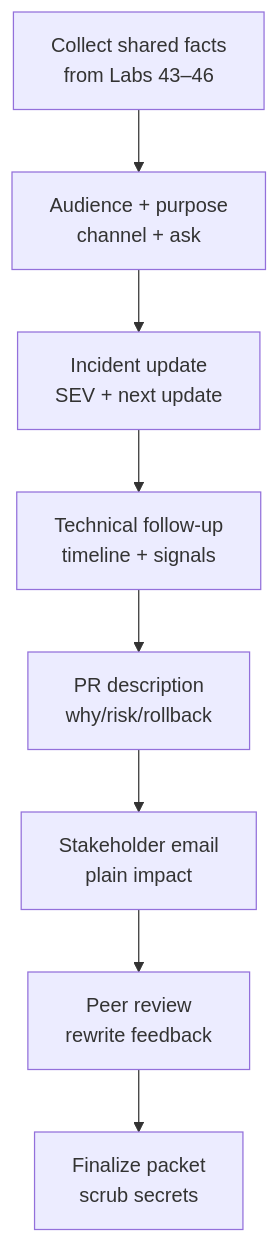
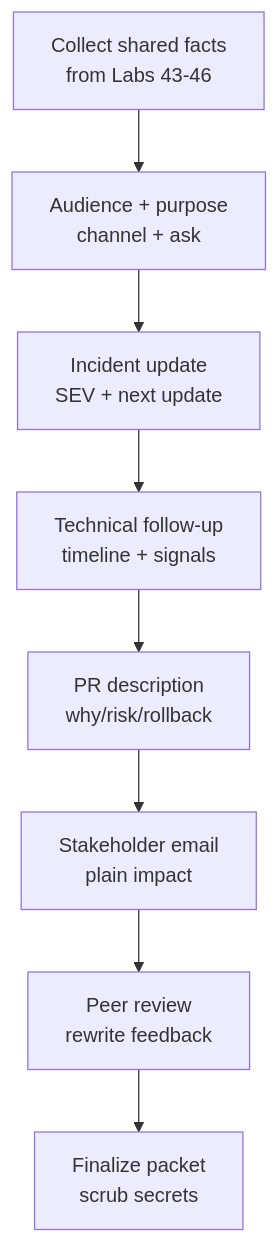
One commit to pupilliluke/bc-sw-engineer-java-participant changed the second of 2 diagrams in labs/Week 5 - DevOps, CI-CD and OpenShift/module-47/lab47/LAB-47-GUIDE.md. Above: the diagram before and after it, drawn with Mermaid. The commit also changed 55 other files, not shown here.

Commit message:
Stop publishing local screenshots; harden Mermaid for GitHub; sync only tracked lab files.

````diff
--- a/labs/Week 5 - DevOps, CI-CD and OpenShift/module-47/lab47/LAB-47-GUIDE.md
+++ b/labs/Week 5 - DevOps, CI-CD and OpenShift/module-47/lab47/LAB-47-GUIDE.md
@@ -102,10 +102,10 @@
 ```mermaid
 flowchart TD
-    A["Collect shared facts<br/>from Labs 43–46"] --> B["Audience + purpose<br/>channel + ask"]
+    A["Collect shared facts<br/>from Labs 43-46"] --> B["Audience + purpose<br/>channel + ask"]
     B --> C["Incident update<br/>SEV + next update"]
     C --> D["Technical follow-up<br/>timeline + signals"]
     D --> E["PR description<br/>why/risk/rollback"]
     E --> F["Stakeholder email<br/>plain impact"]
     F --> G["Peer review<br/>rewrite feedback"]
     G --> H["Finalize packet<br/>scrub secrets"]
 ```
````
